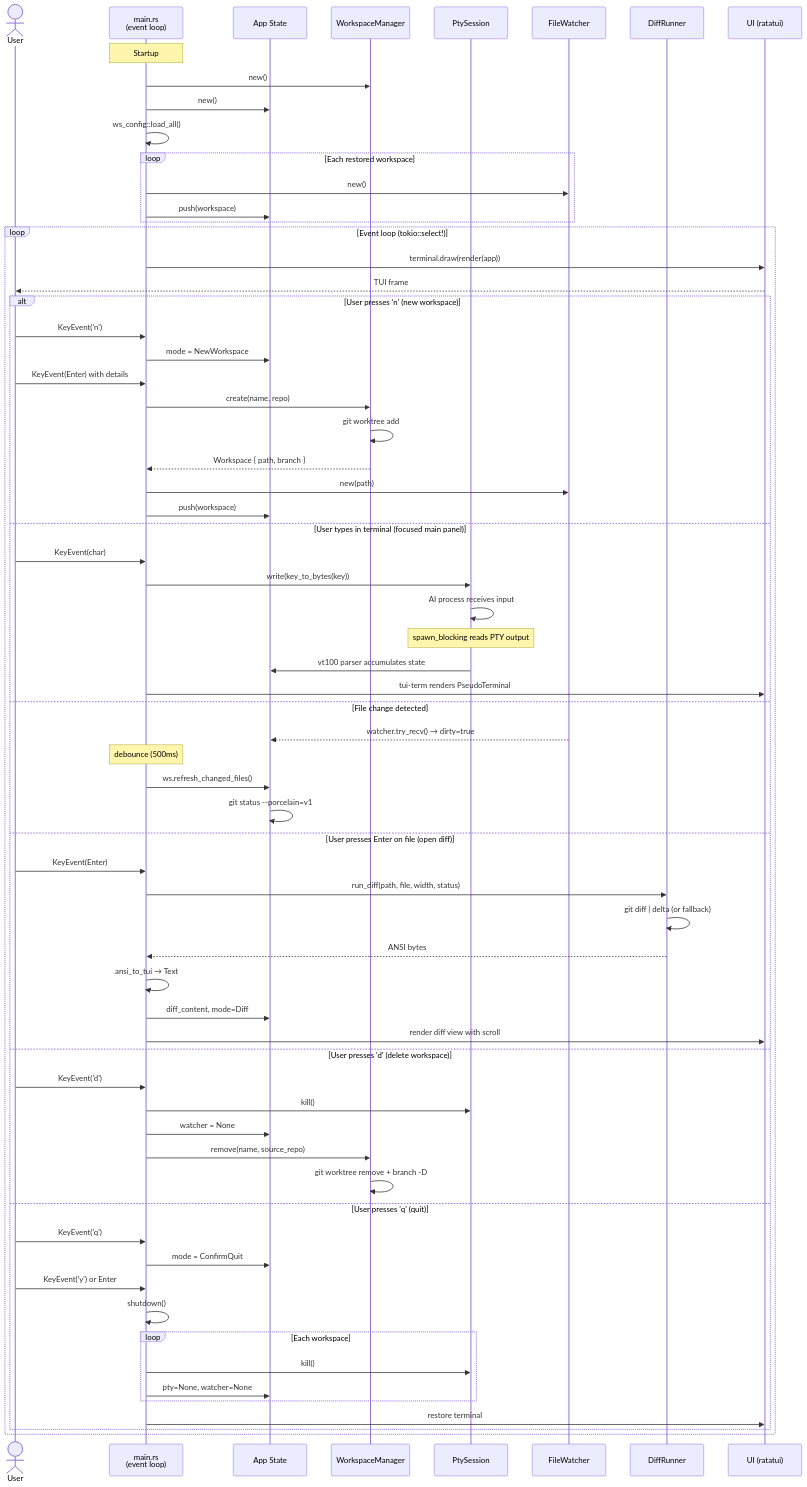
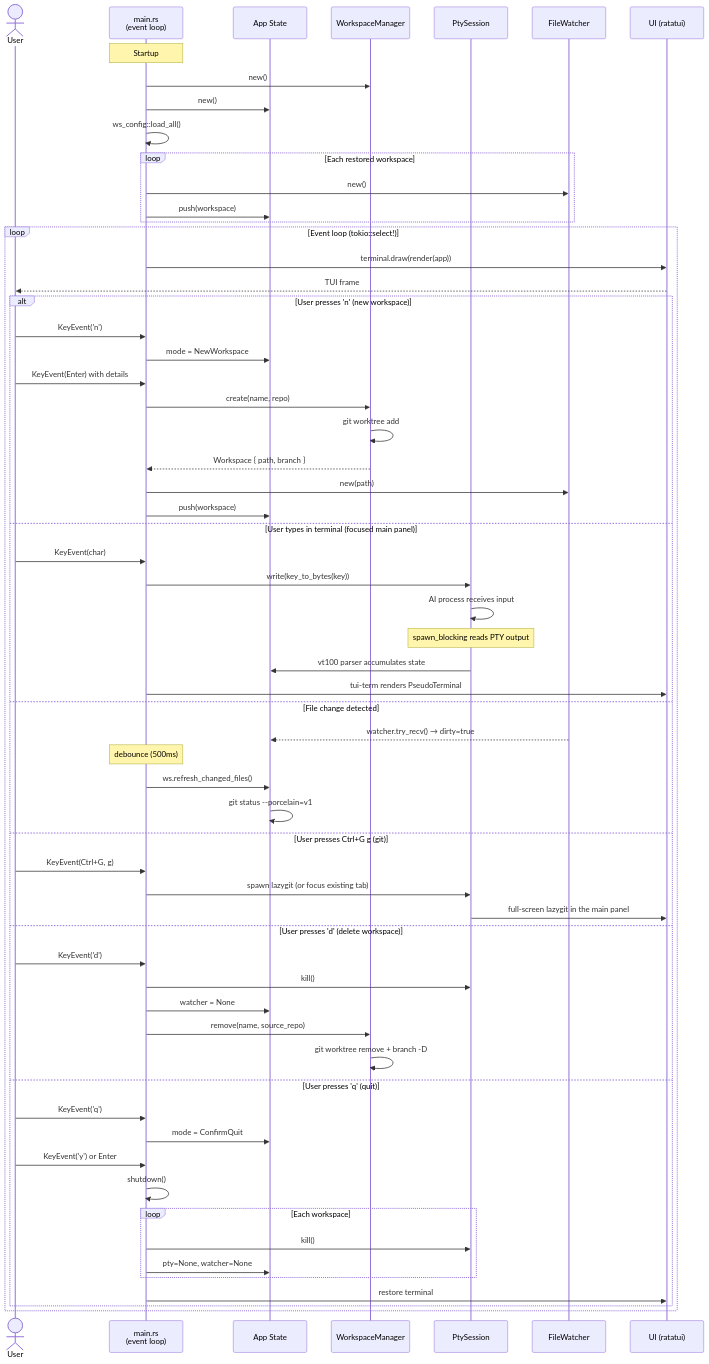
Before and after one commit to juanknebel/piki-multi-ai: the diagram in README.md, drawn with Mermaid. The commit also changed other lines of this file and 10 other files, not shown here.

First line of the commit message:
docs,chore: document lazygit workflow + Agents pane; drop dead diff pipeline

````diff
--- a/README.md
+++ b/README.md
@@ -939,77 +841,72 @@
 ```mermaid
 sequenceDiagram
     actor User
     participant Main as main.rs<br/>(event loop)
     participant App as App State
     participant WM as WorkspaceManager
     participant PTY as PtySession
     participant Watcher as FileWatcher
-    participant Diff as DiffRunner
     participant UI as UI (ratatui)
 
     Note over Main: Startup
     Main->>WM: new()
     Main->>App: new()
     Main->>Main: ws_config::load_all()
     loop Each restored workspace
         Main->>Watcher: new()
         Main->>App: push(workspace)
     end
 
     loop Event loop (tokio::select!)
         Main->>UI: terminal.draw(render(app))
         UI-->>User: TUI frame
 
         alt User presses 'n' (new workspace)
             User->>Main: KeyEvent('n')
             Main->>App: mode = NewWorkspace
             User->>Main: KeyEvent(Enter) with details
             Main->>WM: create(name, repo)
             WM->>WM: git worktree add
             WM-->>Main: Workspace { path, branch }
             Main->>Watcher: new(path)
             Main->>App: push(workspace)
 
         else User types in terminal (focused main panel)
             User->>Main: KeyEvent(char)
             Main->>PTY: write(key_to_bytes(key))
             PTY->>PTY: AI process receives input
             Note over PTY: spawn_blocking reads PTY output
             PTY->>App: vt100 parser accumulates state
             Main->>UI: tui-term renders PseudoTerminal
 
         else File change detected
             Watcher-->>App: watcher.try_recv() → dirty=true
             Note over Main: debounce (500ms)
             Main->>App: ws.refresh_changed_files()
             App->>App: git status --porcelain=v1
 
-        else User presses Enter on file (open diff)
-            User->>Main: KeyEvent(Enter)
-            Main->>Diff: run_diff(path, file, width, status)
-            Diff->>Diff: git diff | delta (or fallback)
-            Diff-->>Main: ANSI bytes
-            Main->>Main: ansi_to_tui → Text
-            Main->>App: diff_content, mode=Diff
-            Main->>UI: render diff view with scroll
+        else User presses Ctrl+G g (git)
+            User->>Main: KeyEvent(Ctrl+G, g)
+            Main->>PTY: spawn lazygit (or focus existing tab)
+            PTY->>UI: full-screen lazygit in the main panel
 
         else User presses 'd' (delete workspace)
             User->>Main: KeyEvent('d')
             Main->>PTY: kill()
             Main->>App: watcher = None
             Main->>WM: remove(name, source_repo)
             WM->>WM: git worktree remove + branch -D
 
         else User presses 'q' (quit)
             User->>Main: KeyEvent('q')
             Main->>App: mode = ConfirmQuit
             User->>Main: KeyEvent('y') or Enter
             Main->>Main: shutdown()
             loop Each workspace
                 Main->>PTY: kill()
                 Main->>App: pty=None, watcher=None
             end
             Main->>UI: restore terminal
         end
     end
 ```
````
